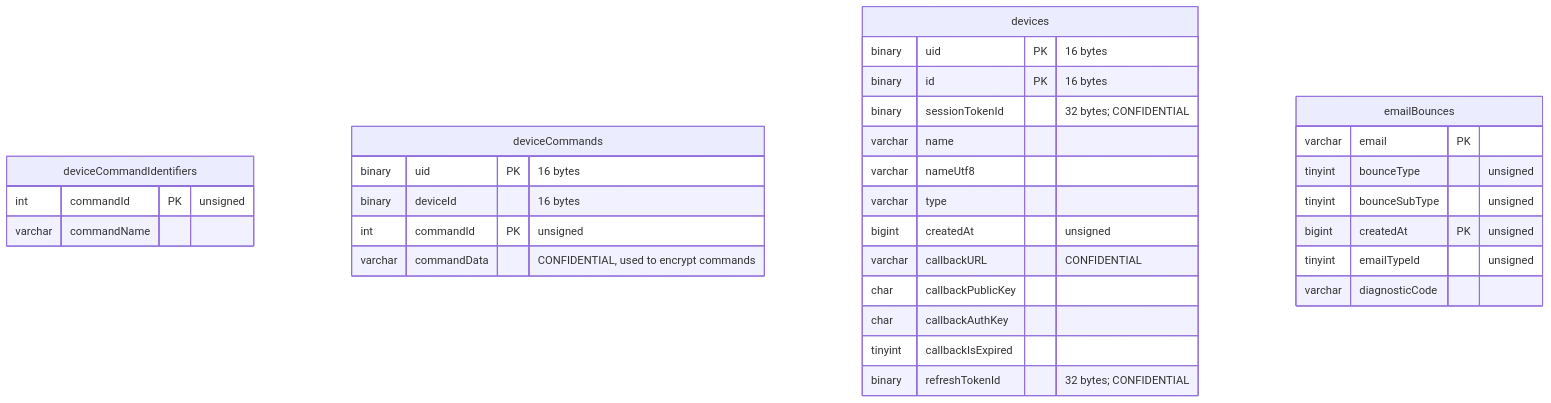
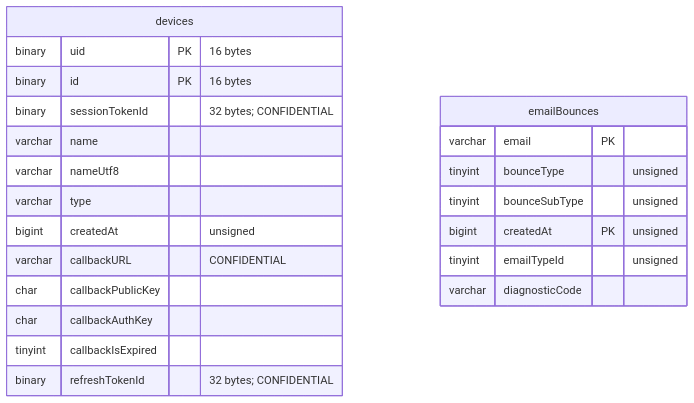
Before and after one commit to mozilla/ecosystem-platform: the fourth of 18 diagrams in docs/reference/database-structure.md, drawn with Mermaid. The commit also changed other lines of this file, not shown here.

````diff
--- a/docs/reference/database-structure.md
+++ b/docs/reference/database-structure.md
@@ -66,35 +104,25 @@
 ```mermaid
 erDiagram
-    deviceCommandIdentifiers {
-        int commandId PK "unsigned"
-        varchar commandName
-    }
-    deviceCommands {
-        binary uid PK "16 bytes"
-        binary deviceId "16 bytes"
-        int commandId PK "unsigned"
-        varchar commandData "CONFIDENTIAL, used to encrypt commands"
-    }
     devices {
         binary uid PK "16 bytes"
         binary id PK "16 bytes"
         binary sessionTokenId "32 bytes; CONFIDENTIAL"
         varchar name
         varchar nameUtf8
         varchar type
         bigint createdAt "unsigned"
         varchar callbackURL "CONFIDENTIAL"
         char callbackPublicKey
         char callbackAuthKey
         tinyint callbackIsExpired
         binary refreshTokenId "32 bytes; CONFIDENTIAL"
     }
     emailBounces {
         varchar email PK
         tinyint bounceType "unsigned"
         tinyint bounceSubType "unsigned"
         bigint createdAt PK "unsigned"
         tinyint emailTypeId "unsigned"
         varchar diagnosticCode
     }
 ```
````
